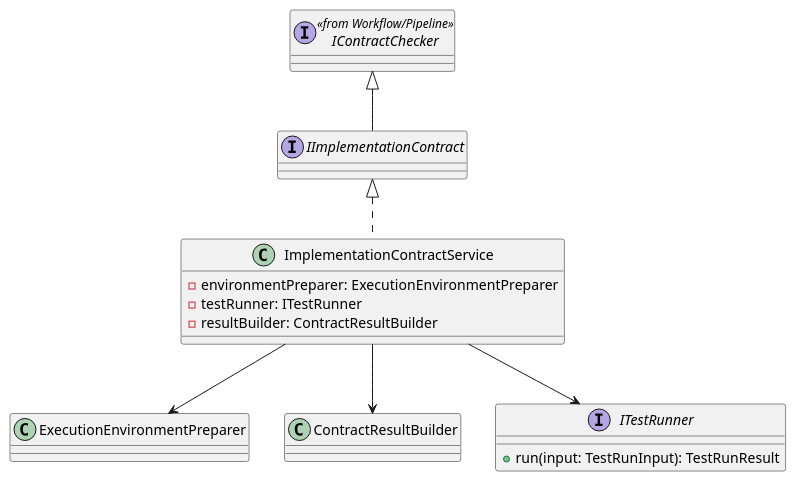
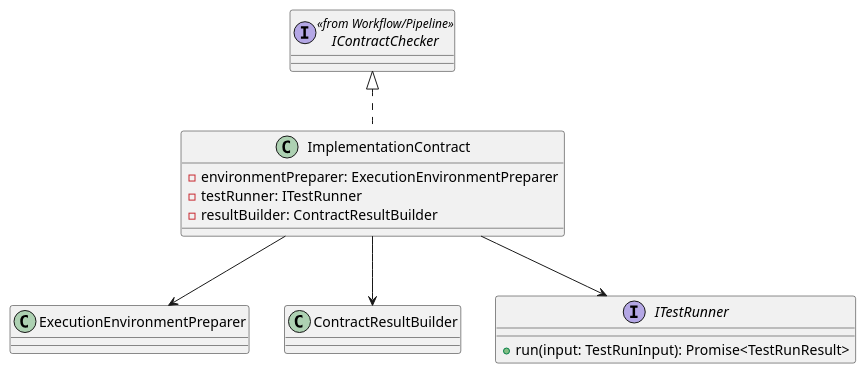
One commit to lucky-chen/ai_workflow_travel changed the first of 2 diagrams in meta_layer/docs/design_docs/Contract/ImplementationContract.md. Above: the diagram before and after it, drawn with PlantUML. The commit also changed other lines of this file and 12 other files, not shown here.

First line of the commit message:
[AI] gpt-5.4: align stage pipeline document io flow

````diff
--- a/meta_layer/docs/design_docs/Contract/ImplementationContract.md
+++ b/meta_layer/docs/design_docs/Contract/ImplementationContract.md
@@ -37,25 +37,22 @@
 ```plantuml
 @startuml
-interface IImplementationContract {}
-
-class ImplementationContractService {
+class ImplementationContract {
   -environmentPreparer: ExecutionEnvironmentPreparer
   -testRunner: ITestRunner
   -resultBuilder: ContractResultBuilder
 }
 
 class ExecutionEnvironmentPreparer
 class ContractResultBuilder
 
 interface ITestRunner {
-  +run(input: TestRunInput): TestRunResult
+  +run(input: TestRunInput): Promise<TestRunResult>
 }
 
 interface IContractChecker <<from Workflow/Pipeline>>
-IContractChecker <|-- IImplementationContract
-IImplementationContract <|.. ImplementationContractService
-ImplementationContractService --> ExecutionEnvironmentPreparer
-ImplementationContractService --> ITestRunner
-ImplementationContractService --> ContractResultBuilder
+IContractChecker <|.. ImplementationContract
+ImplementationContract --> ExecutionEnvironmentPreparer
+ImplementationContract --> ITestRunner
+ImplementationContract --> ContractResultBuilder
 @enduml
 ```
````
